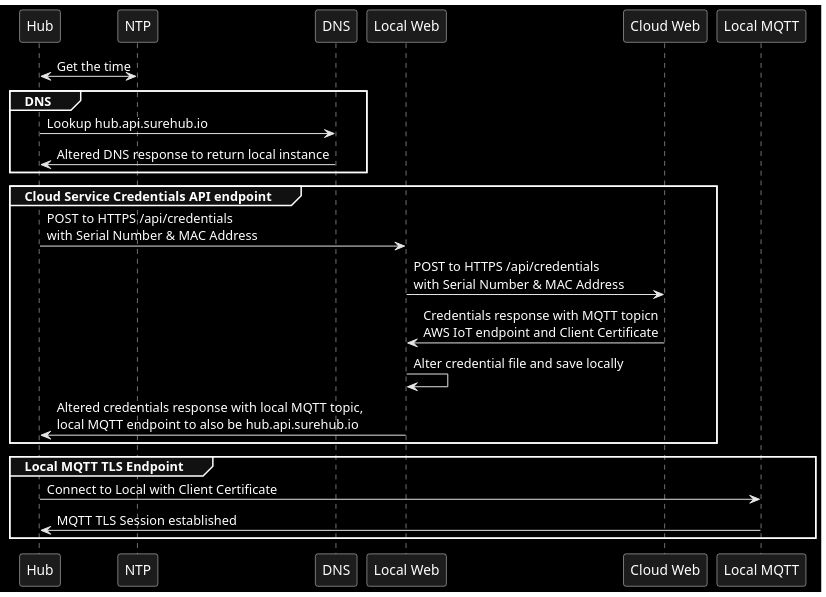
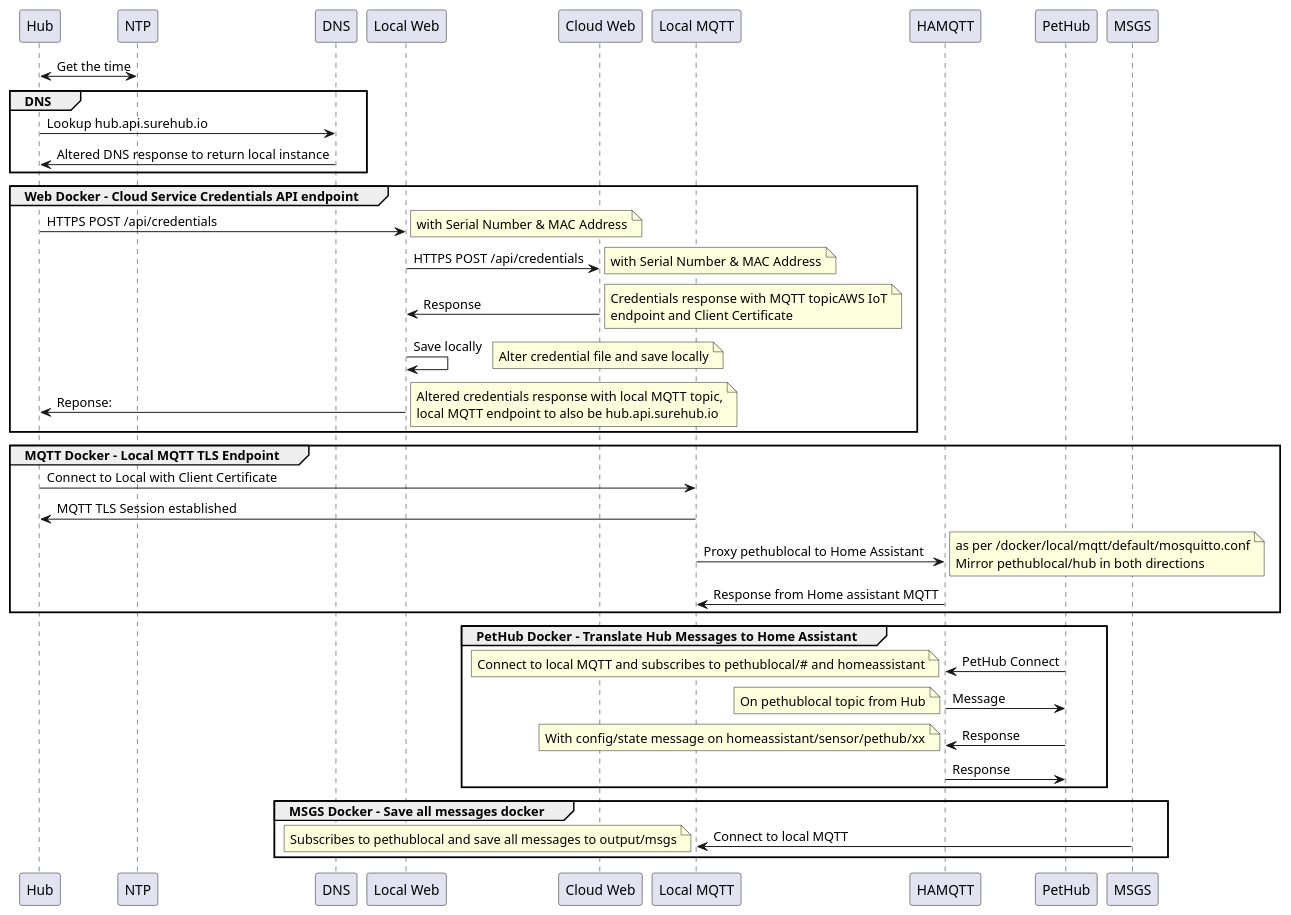
One commit to plambrechtsen/pethublocal changed the diagram in docs/Pethublocal.iuml. Above: the diagram before and after it, drawn with PlantUML.

```diff
--- a/docs/Pethublocal.iuml
+++ b/docs/Pethublocal.iuml
@@ -2,19 +2,40 @@
 @startuml
-skinparam monochrome reverse
 Hub <-> NTP : Get the time
 group DNS
 Hub -> DNS : Lookup hub.api.surehub.io
 DNS -> Hub : Altered DNS response to return local instance
 end group
-group Cloud Service Credentials API endpoint
-Hub -> "Local Web" : POST to HTTPS /api/credentials\nwith Serial Number & MAC Address
-"Local Web" -> "Cloud Web" : POST to HTTPS /api/credentials\nwith Serial Number & MAC Address
-"Cloud Web" -> "Local Web" : Credentials response with MQTT topicn\nAWS IoT endpoint and Client Certificate
-"Local Web" -> "Local Web" : Alter credential file and save locally
-"Local Web" ->  Hub : Altered credentials response with local MQTT topic,\nlocal MQTT endpoint to also be hub.api.surehub.io
+group Web Docker - Cloud Service Credentials API endpoint
+Hub -> "Local Web" : HTTPS POST /api/credentials
+note right: with Serial Number & MAC Address
+"Local Web" -> "Cloud Web" : HTTPS POST /api/credentials
+note right: with Serial Number & MAC Address
+"Cloud Web" -> "Local Web" : Response
+note right: Credentials response with MQTT topicAWS IoT\nendpoint and Client Certificate
+"Local Web" -> "Local Web" : Save locally
+note right: Alter credential file and save locally
+"Local Web" ->  Hub : Reponse:
+note right: Altered credentials response with local MQTT topic,\nlocal MQTT endpoint to also be hub.api.surehub.io
 end group
-group Local MQTT TLS Endpoint
+group MQTT Docker - Local MQTT TLS Endpoint
 Hub -> "Local MQTT" : Connect to Local with Client Certificate
 "Local MQTT" -> Hub : MQTT TLS Session established
+"Local MQTT" -> HAMQTT : Proxy pethublocal to Home Assistant
+note right: as per /docker/local/mqtt/default/mosquitto.conf\nMirror pethublocal/hub in both directions
+HAMQTT -> "Local MQTT" : Response from Home assistant MQTT
 end group
+group PetHub Docker - Translate Hub Messages to Home Assistant
+PetHub -> HAMQTT : PetHub Connect
+note left: Connect to local MQTT and subscribes to pethublocal/# and homeassistant
+HAMQTT -> PetHub : Message
+note left: On pethublocal topic from Hub
+PetHub -> HAMQTT : Response 
+note left: With config/state message on homeassistant/sensor/pethub/xx
+HAMQTT -> PetHub : Response
+end group
+group MSGS Docker - Save all messages docker
+"Local MQTT" <- MSGS : Connect to local MQTT
+note left: Subscribes to pethublocal and save all messages to output/msgs
+end group
+
 @enduml
```
